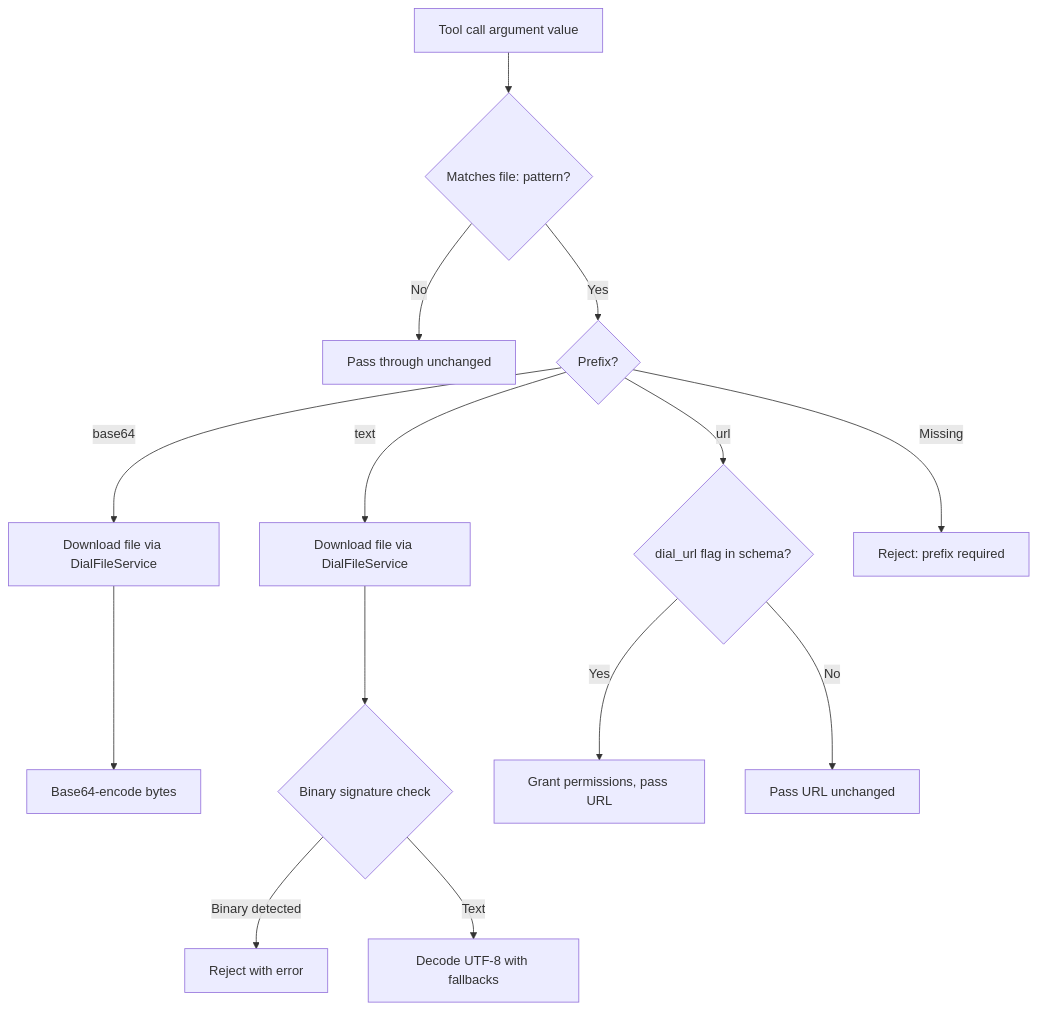
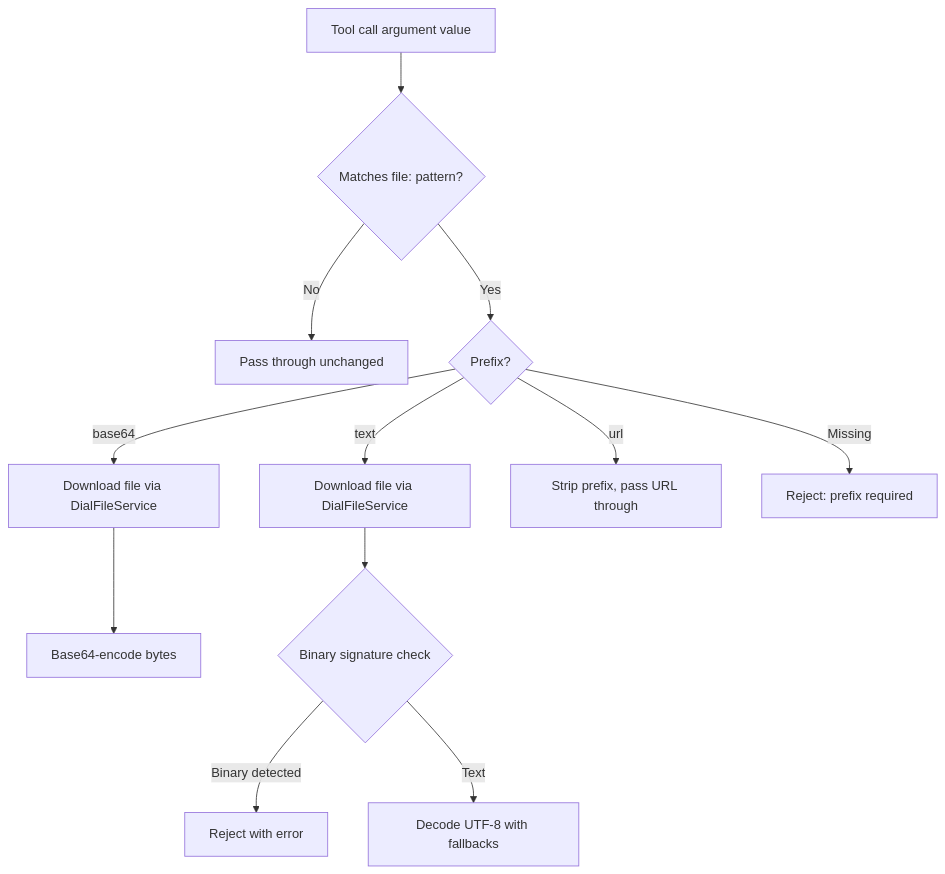
The diagram in docs/designs/skills_and_file_transfer.md (epam/ai-dial-quickapps-backend), drawn with Mermaid before and after one commit. The commit also changed other lines of this file and 27 other files, not shown here.

````diff
--- a/docs/designs/skills_and_file_transfer.md
+++ b/docs/designs/skills_and_file_transfer.md
@@ -298,16 +331,14 @@
 ```mermaid
 flowchart TD
     A[Tool call argument value] --> B{Matches file: pattern?}
     B -->|No| C[Pass through unchanged]
     B -->|Yes| D{Prefix?}
     D -->|base64| E[Download file via DialFileService]
     E --> F[Base64-encode bytes]
     D -->|text| G[Download file via DialFileService]
     G --> H{Binary signature check}
     H -->|Binary detected| I[Reject with error]
     H -->|Text| J[Decode UTF-8 with fallbacks]
-    D -->|url| K{dial_url flag in schema?}
-    K -->|Yes| L[Grant permissions, pass URL]
-    K -->|No| M[Pass URL unchanged]
-    D -->|Missing| N[Reject: prefix required]
+    D -->|url| K[Strip prefix, pass URL through]
+    D -->|Missing| L[Reject: prefix required]
 ```
````
